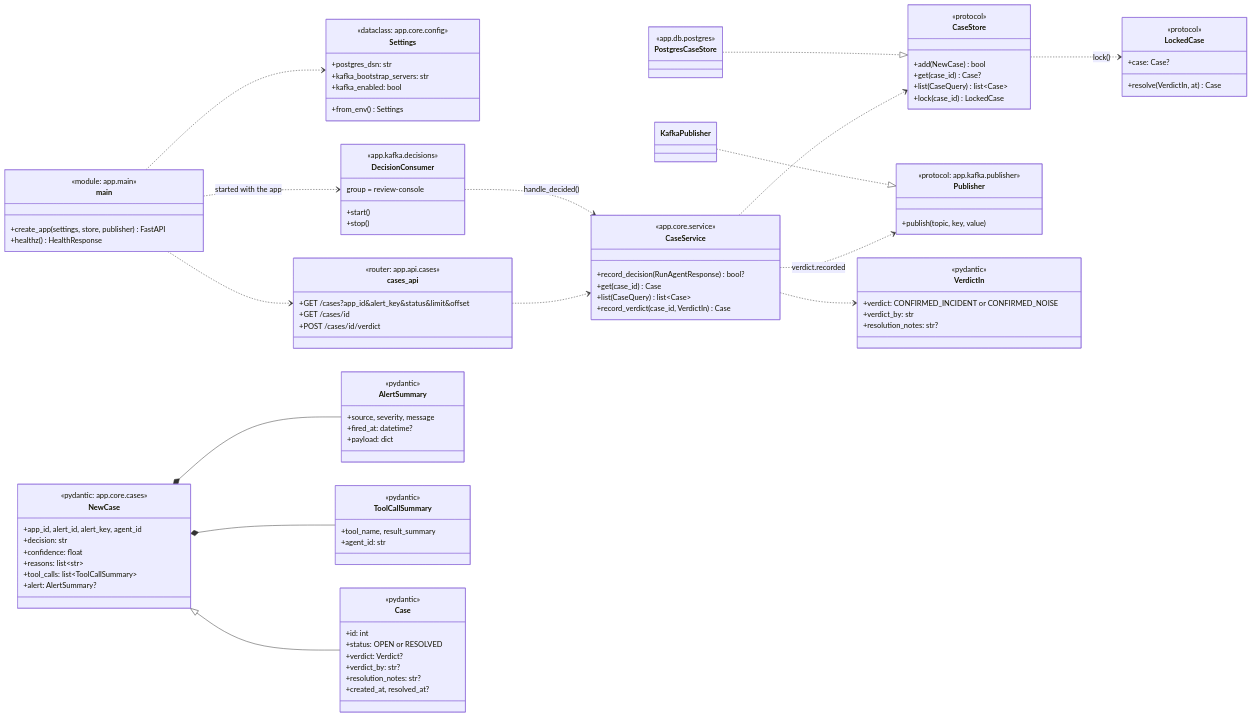
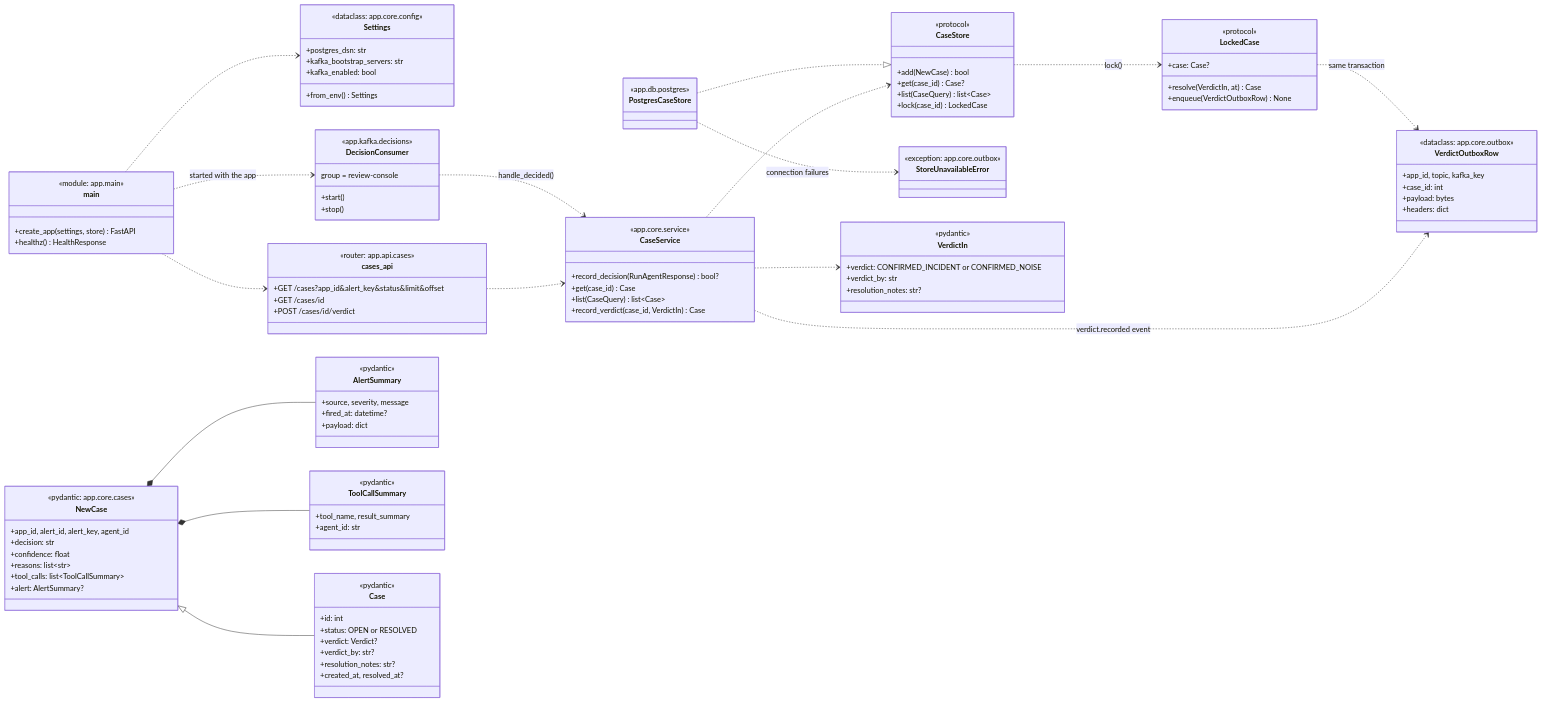
Before and after one commit to SrikanthArgp/agentic-platform: the diagram in backend/services/review-console/CLASS_DIAGRAM.md, drawn with Mermaid. The commit also changed other lines of this file and 48 other files, not shown here.

```diff
--- a/backend/services/review-console/CLASS_DIAGRAM.md
+++ b/backend/services/review-console/CLASS_DIAGRAM.md
@@ -11,7 +12,7 @@
     direction LR
     class main {
         <<module: app.main>>
-        +create_app(settings, store, publisher) FastAPI
+        +create_app(settings, store) FastAPI
         +healthz() HealthResponse
     }
     class Settings {
@@ -48,6 +49,17 @@
         <<protocol>>
         +case: Case?
         +resolve(VerdictIn, at) Case
+        +enqueue(VerdictOutboxRow) None
+    }
+    class VerdictOutboxRow {
+        <<dataclass: app.core.outbox>>
+        +app_id, topic, kafka_key
+        +case_id: int
+        +payload: bytes
+        +headers: dict
+    }
+    class StoreUnavailableError {
+        <<exception: app.core.outbox>>
     }
     class DecisionConsumer {
         <<app.kafka.decisions>>
@@ -55,11 +67,6 @@
         +start()
         +stop()
     }
-    class Publisher {
-        <<protocol: app.kafka.publisher>>
-        +publish(topic, key, value)
-    }
-    class KafkaPublisher
     class NewCase {
         <<pydantic: app.core.cases>>
         +app_id, alert_id, alert_key, agent_id
@@ -102,10 +109,11 @@
     cases_api ..> CaseService
     DecisionConsumer ..> CaseService : handle_decided()
     CaseService ..> CaseStore
-    CaseService ..> Publisher : verdict.recorded
+    CaseService ..> VerdictOutboxRow : verdict.recorded event
     PostgresCaseStore ..|> CaseStore
     CaseStore ..> LockedCase : lock()
-    KafkaPublisher ..|> Publisher
+    LockedCase ..> VerdictOutboxRow : same transaction
+    PostgresCaseStore ..> StoreUnavailableError : connection failures
     NewCase <|-- Case
     NewCase *-- AlertSummary
     NewCase *-- ToolCallSummary
```
